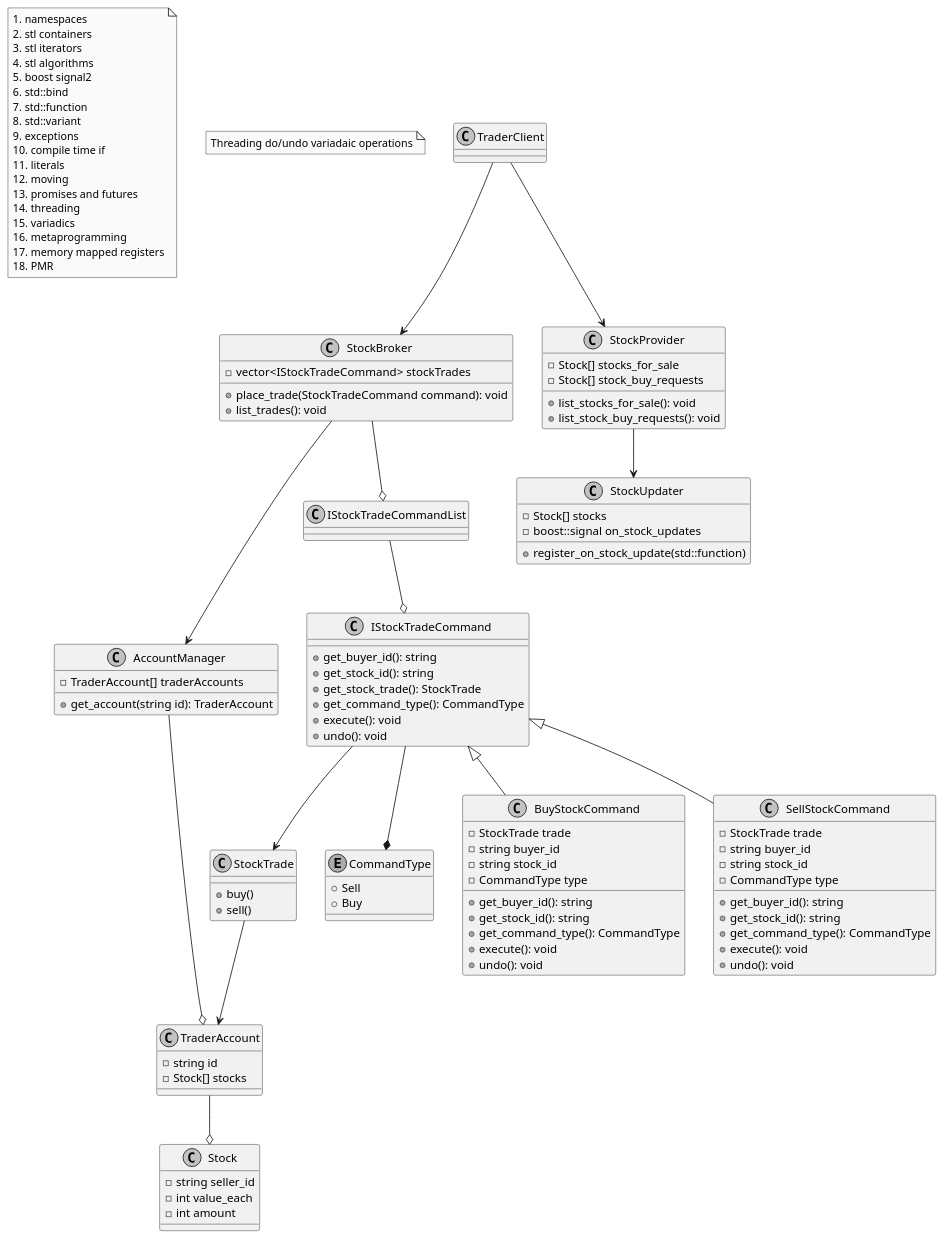
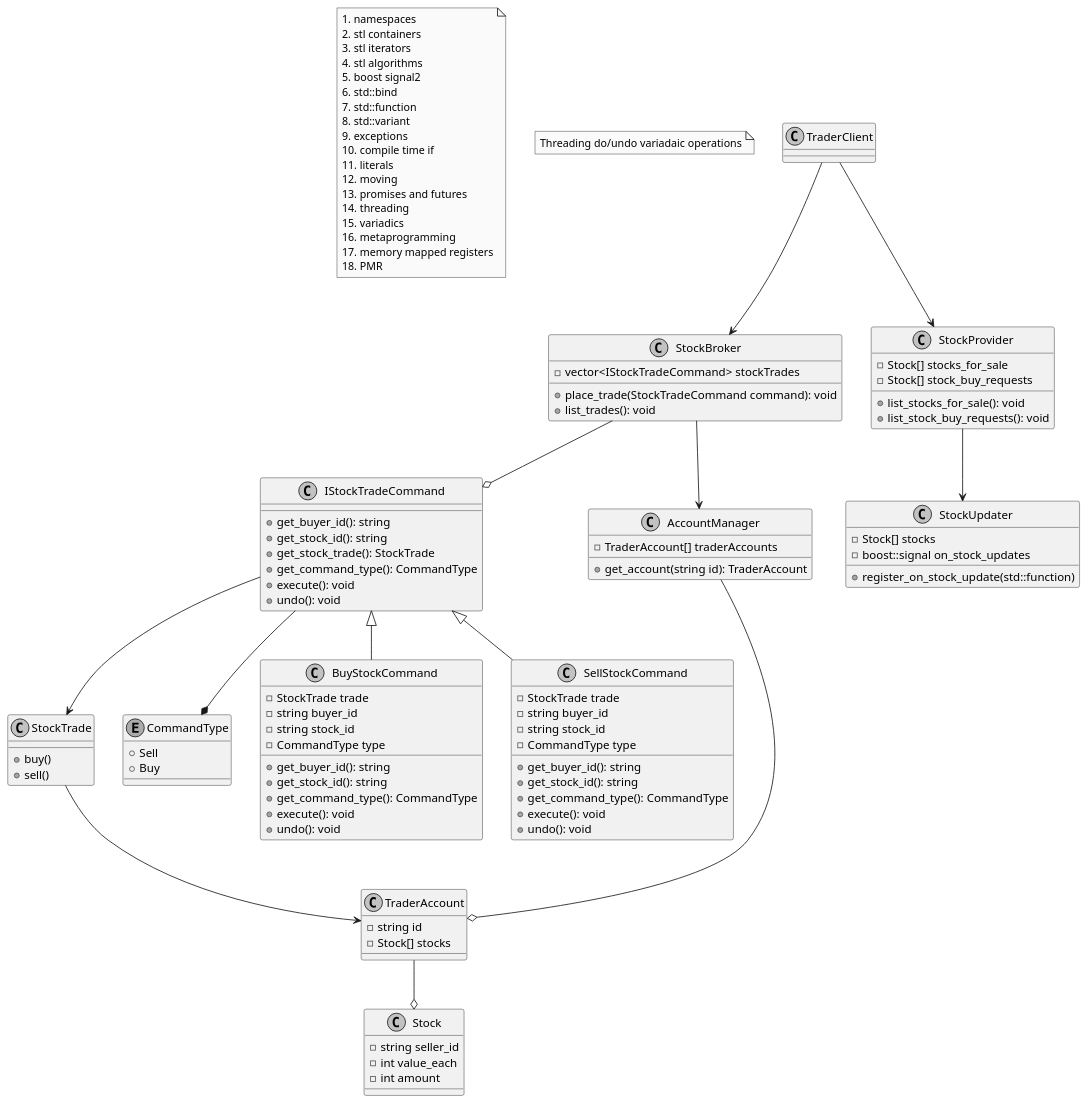
The diagram in stock-market.pu (MarcusGasberg/apk_stock_market), drawn with PlantUML before and after one commit.

Commit message:
Remove unused list

```diff
--- a/stock-market.pu
+++ b/stock-market.pu
@@ -1,130 +1,129 @@
 @startuml StockMarket Class Diagram
 skinparam Monochrome true
 skinparam Shadowing false
 
 note as N1
   # namespaces
   # stl containers
   # stl iterators
   # stl algorithms
   # boost signal2
   # std::bind
   # std::function
   # std::variant
   # exceptions
   # compile time if
   # literals
   # moving
   # promises and futures
   # threading
   # variadics
   # metaprogramming
   # memory mapped registers
   # PMR
 end note
 
 
 note as N2
   Threading do/undo variadaic operations
 end note
 
 class TraderClient {
 
 }
 
 class StockBroker {
   - vector<IStockTradeCommand> stockTrades
   + place_trade(StockTradeCommand command): void
   + list_trades(): void
 } 
 
 class StockTrade {
   + buy()
   + sell()
 }
 
 class IStockTradeCommand {
   + get_buyer_id(): string
   + get_stock_id(): string
   + get_stock_trade(): StockTrade
   + get_command_type(): CommandType
   + execute(): void
   + undo(): void
 }
 
 enum CommandType {
   + Sell
   + Buy
 }
 
 class BuyStockCommand {
   - StockTrade trade
   - string buyer_id
   - string stock_id
   - CommandType type
   + get_buyer_id(): string
   + get_stock_id(): string
   + get_command_type(): CommandType
   + execute(): void
   + undo(): void
 }
 class SellStockCommand {
   - StockTrade trade
   - string buyer_id
   - string stock_id
   - CommandType type
   + get_buyer_id(): string
   + get_stock_id(): string
   + get_command_type(): CommandType
   + execute(): void
   + undo(): void
 }
 
 class StockProvider {
   - Stock[] stocks_for_sale
   - Stock[] stock_buy_requests
   + list_stocks_for_sale(): void
   + list_stock_buy_requests(): void
 }
 
 class StockUpdater {
   - Stock[] stocks
   - boost::signal on_stock_updates
   + register_on_stock_update(std::function)
 }
 
 class AccountManager {
   - TraderAccount[] traderAccounts
   + get_account(string id): TraderAccount
 }
 
 class TraderAccount {
   - string id
   - Stock[] stocks
 }
 
 class Stock {
   - string seller_id
   - int value_each
   - int amount
 }
 
 IStockTradeCommand --* CommandType
 IStockTradeCommand <|-- BuyStockCommand
 IStockTradeCommand <|-- SellStockCommand
 IStockTradeCommand --> StockTrade
 
-StockBroker --o IStockTradeCommandList
-IStockTradeCommandList --o IStockTradeCommand
+StockBroker --o IStockTradeCommand
 TraderClient --> StockBroker
 
 TraderClient --> StockProvider
 StockProvider --> StockUpdater
 
 StockTrade --> TraderAccount
 
 AccountManager --o TraderAccount
 TraderAccount --o Stock
 StockBroker --> AccountManager
 
 @enduml
```
